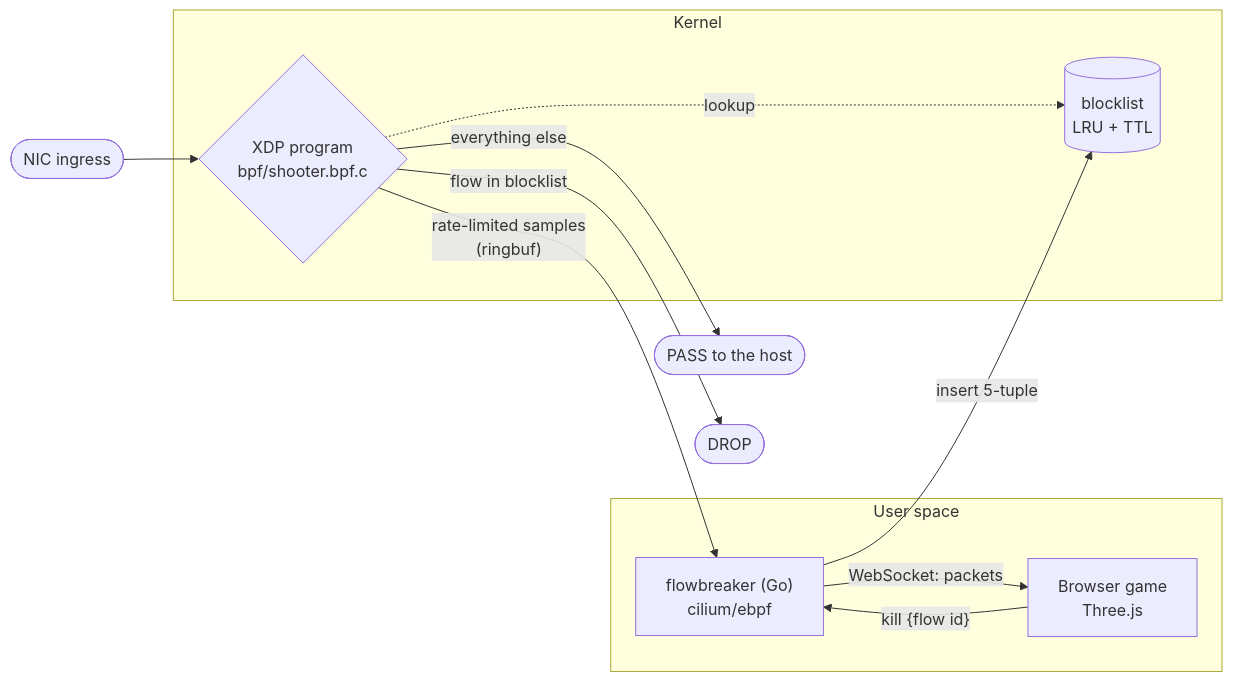
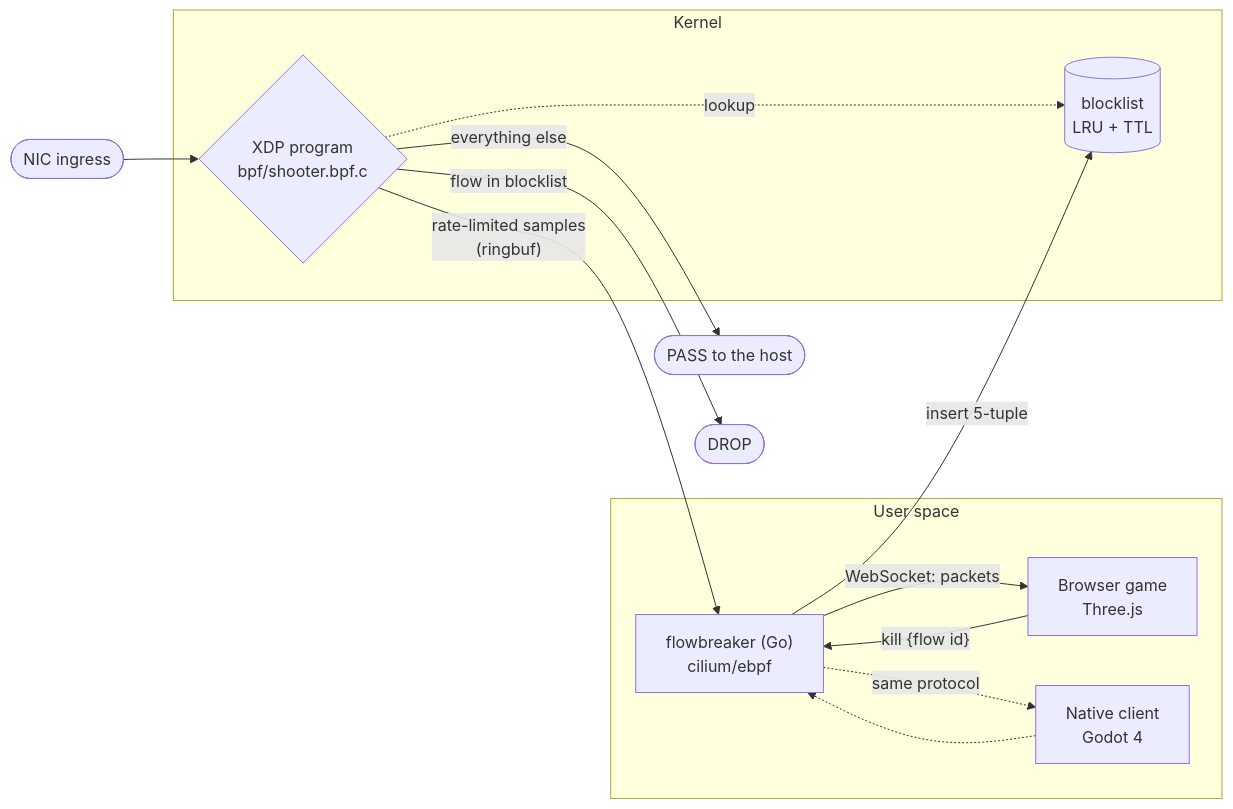
The diagram in README.md (n1tr0-5urf3r/flowbreaker_xdp), drawn with Mermaid before and after one commit. The commit also changed other lines of this file and 61 other files, not shown here.

First line of the commit message:
Add Godot native client with four levels and the full arsenal

````diff
--- a/README.md
+++ b/README.md
@@ -88,23 +88,26 @@
 ```mermaid
 flowchart LR
     NIC([NIC ingress]) --> XDP
 
     subgraph K["Kernel"]
         XDP{"XDP program<br/>bpf/shooter.bpf.c"}
         BL[("blocklist<br/>LRU + TTL")]
         XDP -. lookup .-> BL
     end
 
     XDP -- "everything else" --> PASS([PASS to the host])
     XDP -- "flow in blocklist" --> DROP([DROP])
     XDP -- "rate-limited samples<br/>(ringbuf)" --> D
 
     subgraph U["User space"]
         D["flowbreaker (Go)<br/>cilium/ebpf"]
         G["Browser game<br/>Three.js"]
+        N["Native client<br/>Godot 4"]
         D -- "WebSocket: packets" --> G
         G -- "kill {flow id}" --> D
+        D -. "same protocol" .-> N
+        N -.-> D
     end
 
     D -- "insert 5-tuple" --> BL
 ```
````
